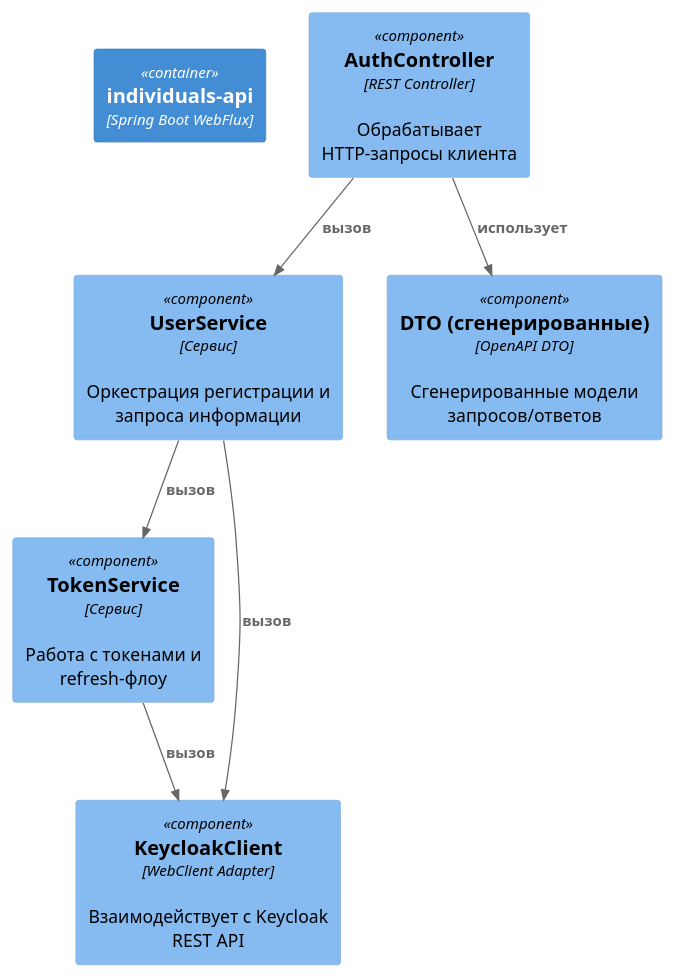
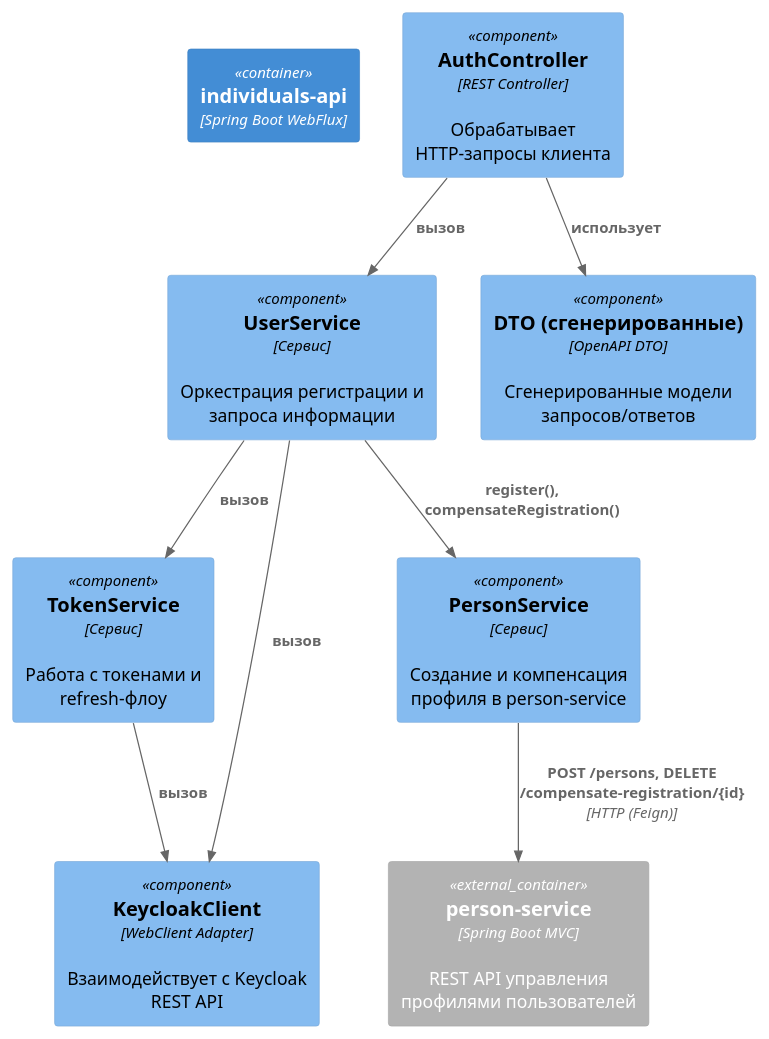
Before and after one commit to tmqone/proselyte_study: the diagram in individuals-api/architecture/individuals-api-microservice.puml, drawn with PlantUML. The commit also changed 16 other files, not shown here.

Commit message:
architecture added

```diff
--- a/individuals-api/architecture/individuals-api-microservice.puml
+++ b/individuals-api/architecture/individuals-api-microservice.puml
@@ -1,17 +1,22 @@
 @startuml
 !includeurl https://raw.githubusercontent.com/plantuml-stdlib/C4-PlantUML/master/C4_Component.puml
 
 Container(indApi, "individuals-api", "Spring Boot WebFlux")
 
 Component(authController, "AuthController", "REST Controller", "Обрабатывает HTTP-запросы клиента")
 Component(userService, "UserService", "Сервис", "Оркестрация регистрации и запроса информации")
 Component(tokenService, "TokenService", "Сервис", "Работа с токенами и refresh-флоу")
 Component(keycloakClient, "KeycloakClient", "WebClient Adapter", "Взаимодействует с Keycloak REST API")
 Component(dto, "DTO (сгенерированные)", "OpenAPI DTO", "Сгенерированные модели запросов/ответов")
+Component(personService, "PersonService", "Сервис", "Создание и компенсация профиля в person-service")
+
+Container_Ext(personSvc, "person-service", "Spring Boot MVC", "REST API управления профилями пользователей")
 
 Rel(authController, userService, "вызов")
 Rel(userService, tokenService, "вызов")
 Rel(userService, keycloakClient, "вызов")
 Rel(tokenService, keycloakClient, "вызов")
 Rel(authController, dto, "использует")
+Rel(userService, personService, "register(), compensateRegistration()")
+Rel(personService, personSvc, "POST /persons, DELETE /compensate-registration/{id}", "HTTP (Feign)")
 @enduml
```
